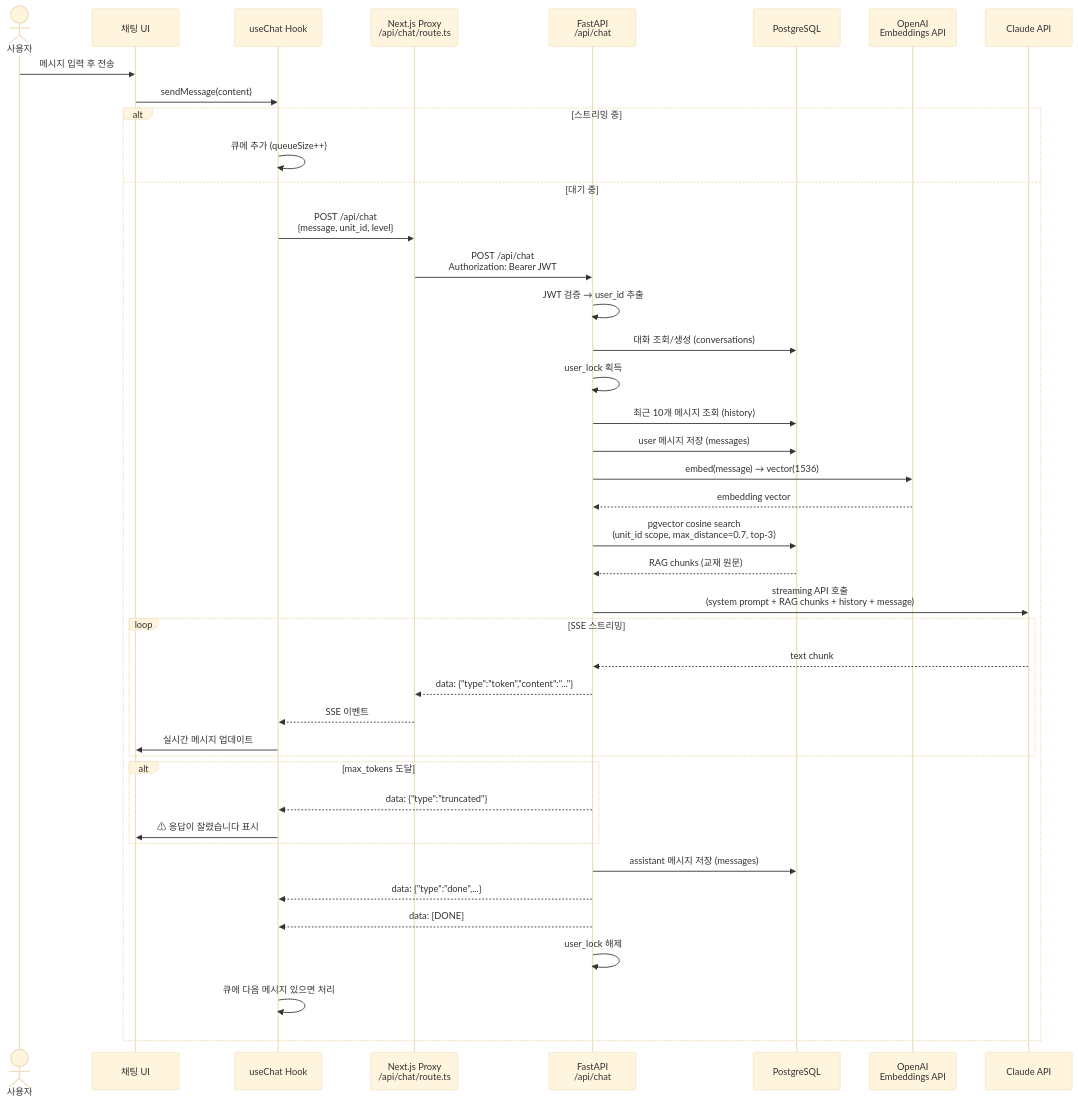
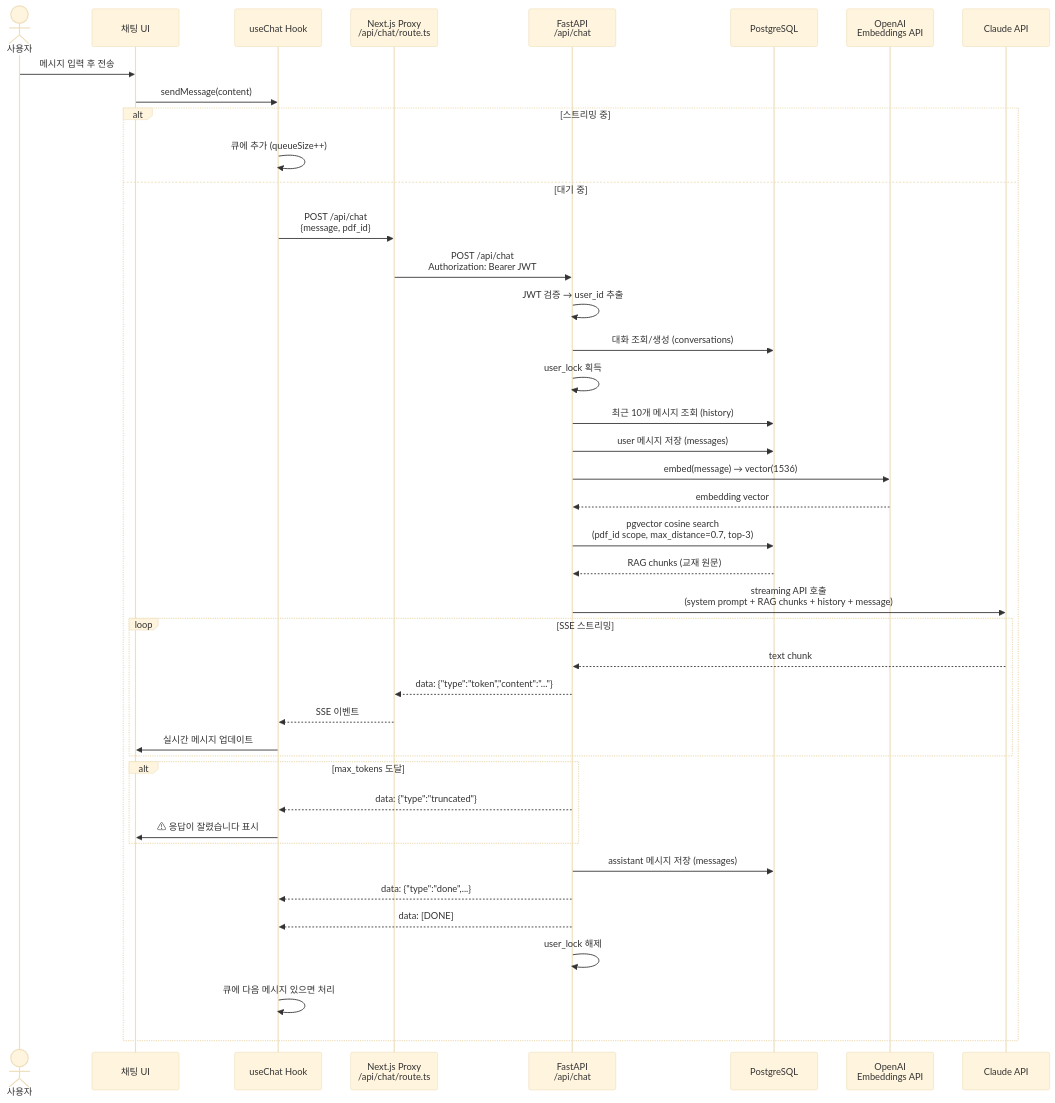
One commit to JayKim88/lingua-rag changed the third of 4 diagrams in README.md. Above: the diagram before and after it, drawn with Mermaid (base theme). The commit also changed other lines of this file and 41 other files, not shown here.

First line of the commit message:
feat(arch): migrate from hardcoded unit curriculum to universal PDF-based architecture

````diff
--- a/README.md
+++ b/README.md
@@ -116,52 +150,52 @@
 ```mermaid
 sequenceDiagram
     actor User as 사용자
     participant UI as 채팅 UI
     participant Hook as useChat Hook
     participant Proxy as Next.js Proxy<br/>/api/chat/route.ts
     participant API as FastAPI<br/>/api/chat
     participant DB as PostgreSQL
     participant OAI as OpenAI<br/>Embeddings API
     participant LLM as Claude API
 
     User->>UI: 메시지 입력 후 전송
     UI->>Hook: sendMessage(content)
 
     alt 스트리밍 중
         Hook->>Hook: 큐에 추가 (queueSize++)
     else 대기 중
-        Hook->>Proxy: POST /api/chat<br/>{message, unit_id, level}
+        Hook->>Proxy: POST /api/chat<br/>{message, pdf_id}
         Proxy->>API: POST /api/chat<br/>Authorization: Bearer JWT
         API->>API: JWT 검증 → user_id 추출
         API->>DB: 대화 조회/생성 (conversations)
         API->>API: user_lock 획득
         API->>DB: 최근 10개 메시지 조회 (history)
         API->>DB: user 메시지 저장 (messages)
 
         API->>OAI: embed(message) → vector(1536)
         OAI-->>API: embedding vector
-        API->>DB: pgvector cosine search<br/>(unit_id scope, max_distance=0.7, top-3)
+        API->>DB: pgvector cosine search<br/>(pdf_id scope, max_distance=0.7, top-3)
         DB-->>API: RAG chunks (교재 원문)
 
         API->>LLM: streaming API 호출<br/>(system prompt + RAG chunks + history + message)
 
         loop SSE 스트리밍
             LLM-->>API: text chunk
             API-->>Proxy: data: {"type":"token","content":"..."}
             Proxy-->>Hook: SSE 이벤트
             Hook->>UI: 실시간 메시지 업데이트
         end
 
         alt max_tokens 도달
             API-->>Hook: data: {"type":"truncated"}
             Hook->>UI: ⚠ 응답이 잘렸습니다 표시
         end
 
         API->>DB: assistant 메시지 저장 (messages)
         API-->>Hook: data: {"type":"done",...}
         API-->>Hook: data: [DONE]
         API->>API: user_lock 해제
 
         Hook->>Hook: 큐에 다음 메시지 있으면 처리
     end
 ```
````
